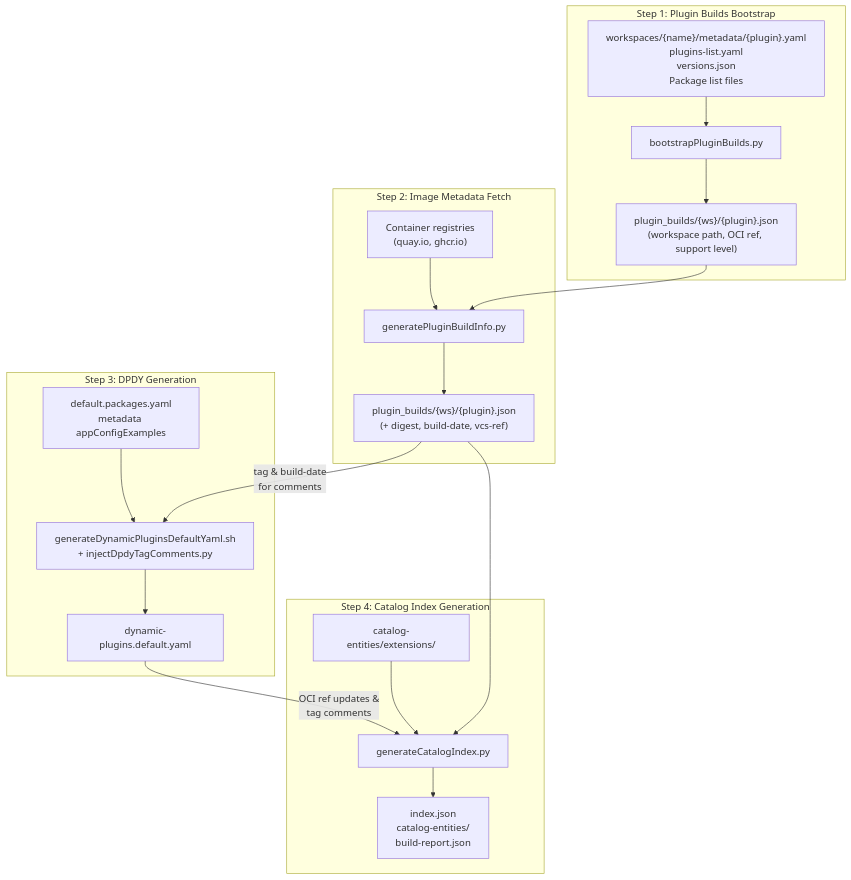
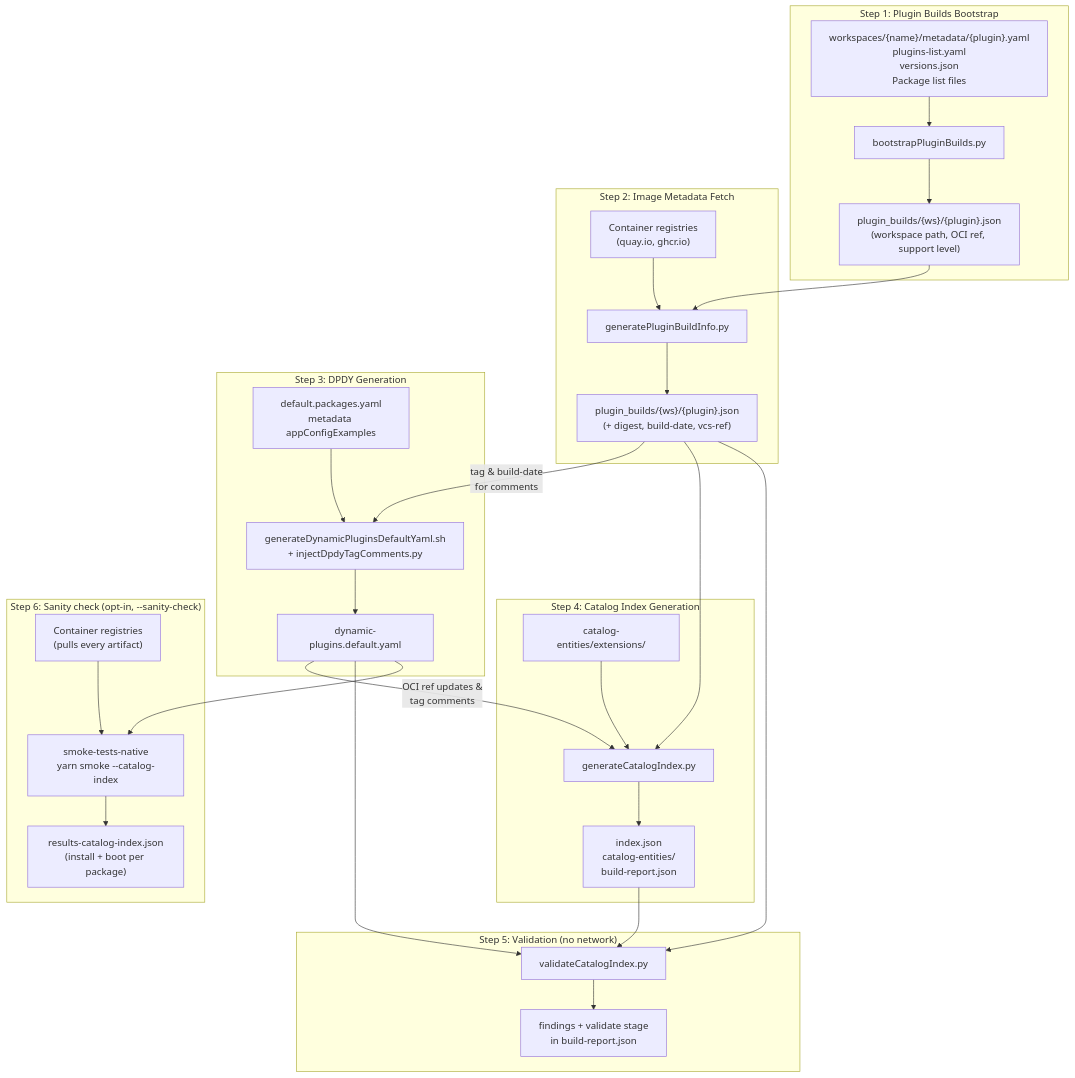
One commit to subhashkhileri/rhdh-plugin-export-overlays changed the second of 2 diagrams in user-guide/07-plugin-catalog-index.md. Above: the diagram before and after it, drawn with Mermaid. The commit also changed other lines of this file and 26 other files, not shown here.

First line of the commit message:
feat(catalog-index): validate the generated index, and sanity-check every package it declares (#3411)

````diff
--- a/user-guide/07-plugin-catalog-index.md
+++ b/user-guide/07-plugin-catalog-index.md
@@ -59,35 +59,52 @@
 ```mermaid
 flowchart TB
     subgraph "Step 1: Plugin Builds Bootstrap"
         S1_IN["workspaces/{name}/metadata/{plugin}.yaml<br/>plugins-list.yaml<br/>versions.json<br/>Package list files"]
         S1["bootstrapPluginBuilds.py"]
         S1_OUT["plugin_builds/{ws}/{plugin}.json<br/>(workspace path, OCI ref, support level)"]
         S1_IN --> S1 --> S1_OUT
     end
 
     subgraph "Step 2: Image Metadata Fetch"
         S2["generatePluginBuildInfo.py"]
         S2_OUT["plugin_builds/{ws}/{plugin}.json<br/>(+ digest, build-date, vcs-ref)"]
         S1_OUT --> S2
         REG["Container registries<br/>(quay.io, ghcr.io)"] --> S2
         S2 --> S2_OUT
     end
 
     subgraph "Step 3: DPDY Generation"
         S3_IN["default.packages.yaml<br/>metadata appConfigExamples"]
         S3["generateDynamicPluginsDefaultYaml.sh<br/>+ injectDpdyTagComments.py"]
         S3_OUT["dynamic-plugins.default.yaml"]
         S3_IN --> S3
         S2_OUT -- "tag & build-date<br/>for comments" --> S3
         S3 --> S3_OUT
     end
 
     subgraph "Step 4: Catalog Index Generation"
         S4["generateCatalogIndex.py"]
         S4_OUT["index.json<br/>catalog-entities/<br/>build-report.json"]
         S2_OUT --> S4
         S3_OUT -- "OCI ref updates &<br/>tag comments" --> S4
         CATS2["catalog-entities/extensions/"] --> S4
         S4 --> S4_OUT
     end
+
+    subgraph "Step 5: Validation (no network)"
+        S5["validateCatalogIndex.py"]
+        S5_OUT["findings + validate stage<br/>in build-report.json"]
+        S4_OUT --> S5
+        S3_OUT --> S5
+        S2_OUT --> S5
+        S5 --> S5_OUT
+    end
+
+    subgraph "Step 6: Sanity check (opt-in, --sanity-check)"
+        S6["smoke-tests-native<br/>yarn smoke --catalog-index"]
+        S6_OUT["results-catalog-index.json<br/>(install + boot per package)"]
+        S3_OUT --> S6
+        REG2["Container registries<br/>(pulls every artifact)"] --> S6
+        S6 --> S6_OUT
+    end
 ```
````
